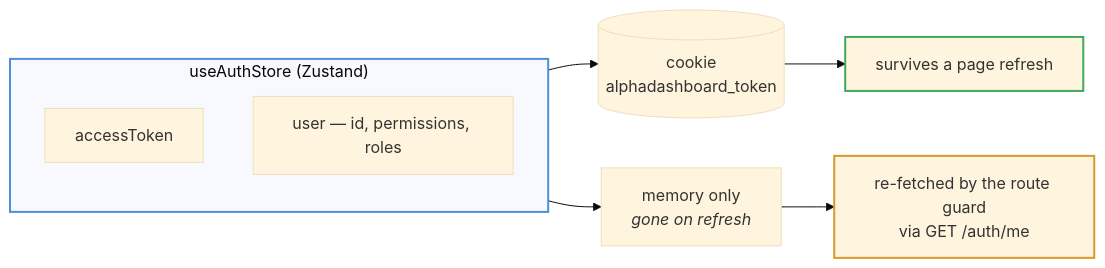
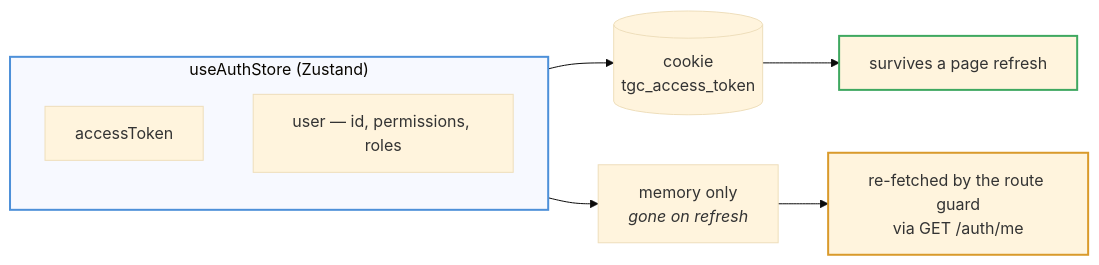
Before and after one commit to TGCTZ/TGC-SERVICE-FRONTEND: the first of 6 diagrams in docs/diagrams/authentication.md, drawn with Mermaid (base theme). The commit also changed other lines of this file and 18 other files, not shown here.

````diff
--- a/docs/diagrams/authentication.md
+++ b/docs/diagrams/authentication.md
@@ -8,18 +8,18 @@
 ```mermaid
 flowchart LR
     subgraph store["useAuthStore (Zustand)"]
         direction TB
         TOKEN["accessToken"]
         USER["user — id, permissions, roles"]
     end
 
-    TOKEN --> COOKIE[("cookie<br/>alphadashboard_token")]
+    TOKEN --> COOKIE[("cookie<br/>tgc_access_token")]
     USER --> MEMORY["memory only<br/><i>gone on refresh</i>"]
 
     COOKIE --> SURVIVE["survives a page refresh"]
     MEMORY --> REHYDRATE["re-fetched by the route guard<br/>via GET /auth/me"]
 
     style store stroke:#4d90d9,stroke-width:2px
     style SURVIVE stroke:#3fa860,stroke-width:2px
     style REHYDRATE stroke:#d99a2b,stroke-width:2px
 ```
````
